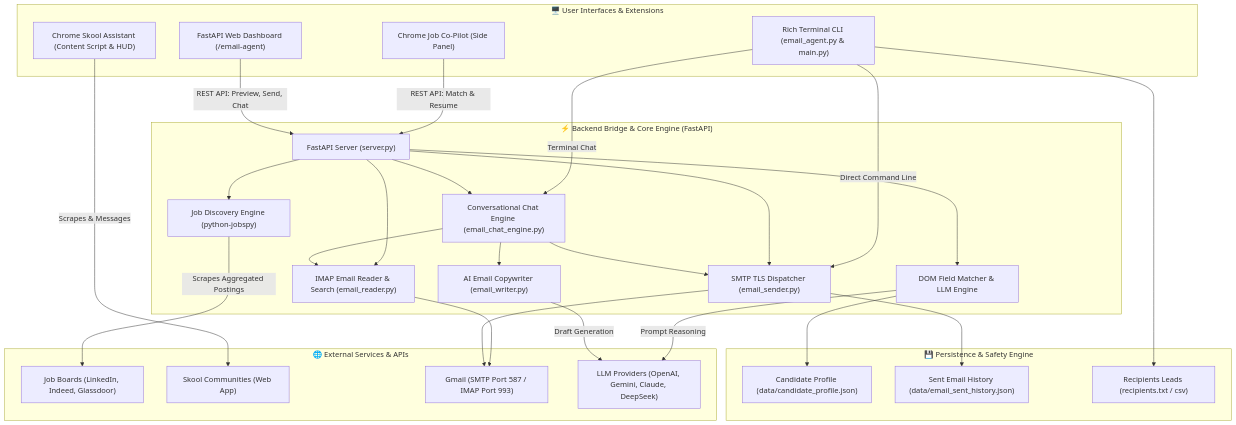
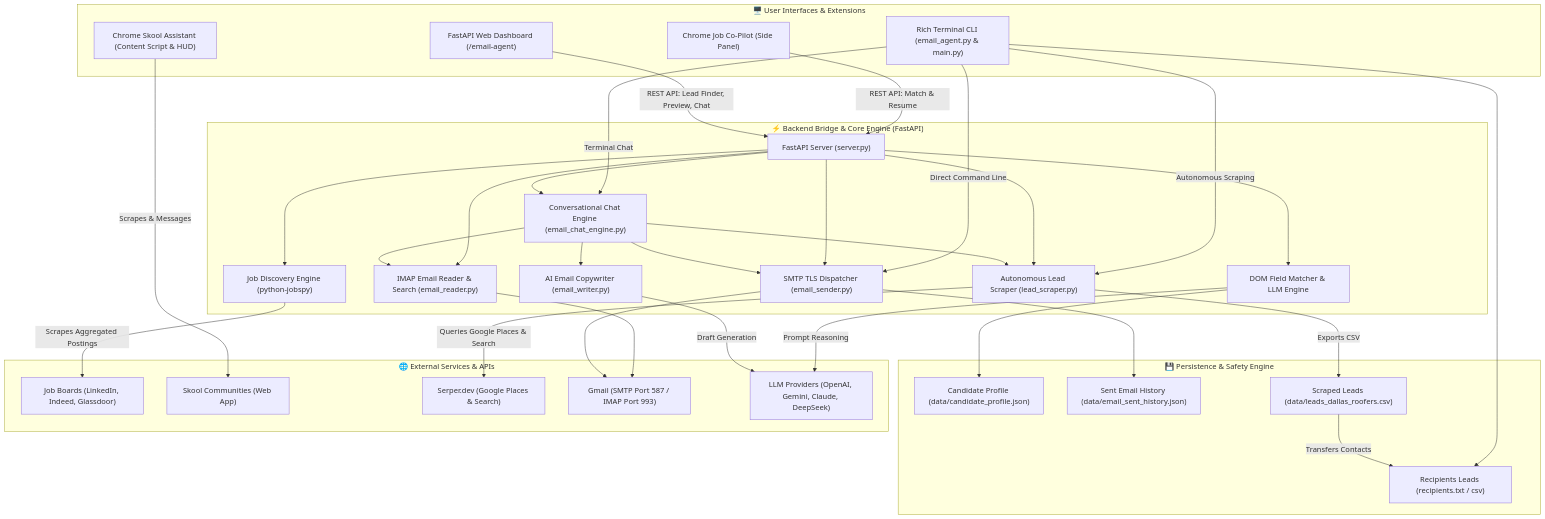
The diagram in README.md (12345Shahid/Automation-Tools), drawn with Mermaid before and after one commit. The commit also changed other lines of this file and 9 other files, not shown here.

Commit message:
feat: add Serper Google Places lead scraper, no-website filter, CSV exporter, and tailored outreach templates

````diff
--- a/README.md
+++ b/README.md
@@ -16,60 +17,69 @@
 ```mermaid
 flowchart TB
     subgraph UI_Layer ["🖥️ User Interfaces & Extensions"]
         EXT1["Chrome Job Co-Pilot (Side Panel)"]
         EXT2["Chrome Skool Assistant (Content Script & HUD)"]
         WEB["FastAPI Web Dashboard (/email-agent)"]
         CLI["Rich Terminal CLI (email_agent.py & main.py)"]
     end
 
     subgraph Backend_Layer ["⚡ Backend Bridge & Core Engine (FastAPI)"]
         SRV["FastAPI Server (server.py)"]
         DISCO["Job Discovery Engine (python-jobspy)"]
         MATCHER["DOM Field Matcher & LLM Engine"]
+        SCRAPER["Autonomous Lead Scraper (lead_scraper.py)"]
         READER["IMAP Email Reader & Search (email_reader.py)"]
         SENDER["SMTP TLS Dispatcher (email_sender.py)"]
         CHAT["Conversational Chat Engine (email_chat_engine.py)"]
         WRITER["AI Email Copywriter (email_writer.py)"]
     end
 
     subgraph Storage_Layer ["💾 Persistence & Safety Engine"]
         PROF["Candidate Profile (data/candidate_profile.json)"]
         HIST["Sent Email History (data/email_sent_history.json)"]
+        LEADS["Scraped Leads (data/leads_dallas_roofers.csv)"]
         RECIP["Recipients Leads (recipients.txt / csv)"]
     end
 
     subgraph External_Layer ["🌐 External Services & APIs"]
         BOARDS["Job Boards (LinkedIn, Indeed, Glassdoor)"]
         SKOOL["Skool Communities (Web App)"]
+        SERPER["Serper.dev (Google Places & Search)"]
         GMAIL["Gmail (SMTP Port 587 / IMAP Port 993)"]
         LLMS["LLM Providers (OpenAI, Gemini, Claude, DeepSeek)"]
     end
 
     %% UI Connections
     EXT1 -->|REST API: Match & Resume| SRV
     EXT2 -->|Scrapes & Messages| SKOOL
-    WEB -->|REST API: Preview, Send, Chat| SRV
+    WEB -->|REST API: Lead Finder, Preview, Chat| SRV
     CLI -->|Direct Command Line| SENDER
+    CLI -->|Autonomous Scraping| SCRAPER
     CLI -->|Terminal Chat| CHAT
 
     %% Backend Connections
     SRV --> DISCO
     SRV --> MATCHER
+    SRV --> SCRAPER
     SRV --> READER
     SRV --> SENDER
     SRV --> CHAT
 
     DISCO -->|Scrapes Aggregated Postings| BOARDS
+    SCRAPER -->|Queries Google Places & Search| SERPER
+    SCRAPER -->|Exports CSV| LEADS
     MATCHER -->|Prompt Reasoning| LLMS
     WRITER -->|Draft Generation| LLMS
+    CHAT --> SCRAPER
     CHAT --> WRITER
     CHAT --> READER
     CHAT --> SENDER
 
     %% Storage Connections
     MATCHER --> PROF
     SENDER --> HIST
     READER --> GMAIL
     SENDER --> GMAIL
     CLI --> RECIP
+    LEADS -->|Transfers Contacts| RECIP
 ```
````
